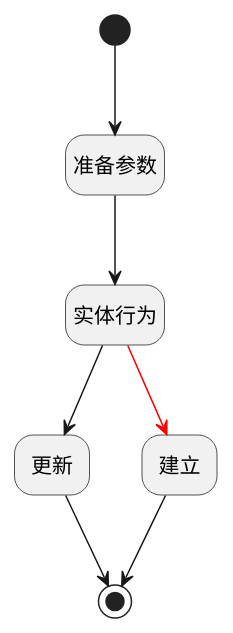
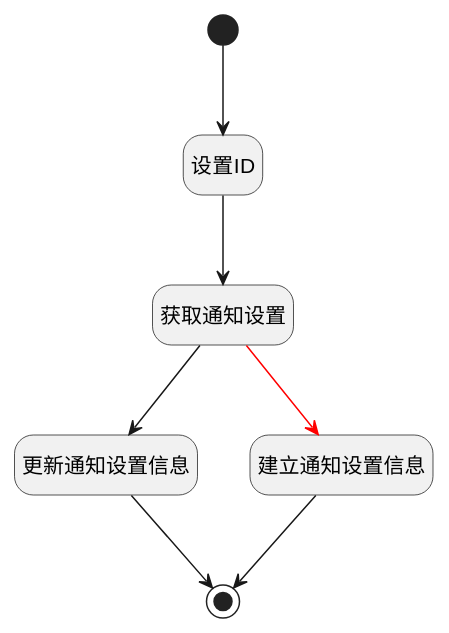
Before and after one commit to iBizLab/plm: the diagram in doc/docsify/module/Base/notify_setting/logic/save_setting.md, drawn with PlantUML. The commit also changed other lines of this file and 1068 other files, not shown here.

````diff
--- a/doc/docsify/module/Base/notify_setting/logic/save_setting.md
+++ b/doc/docsify/module/Base/notify_setting/logic/save_setting.md
@@ -7,28 +7,28 @@
 ```plantuml
 @startuml
 hide empty description
 <style>
 root {
   HyperlinkColor #42b983
 }
 </style>
 
 hide empty description
 state "开始" as Begin <<start>> [[$./save_setting#begin {"开始"}]]
-state "准备参数" as PREPAREPARAM1  [[$./save_setting#prepareparam1 {"准备参数"}]]
-state "实体行为" as DEACTION3  [[$./save_setting#deaction3 {"实体行为"}]]
-state "更新" as DEACTION1  [[$./save_setting#deaction1 {"更新"}]]
+state "设置ID" as PREPAREPARAM1  [[$./save_setting#prepareparam1 {"设置ID"}]]
+state "获取通知设置" as DEACTION3  [[$./save_setting#deaction3 {"获取通知设置"}]]
+state "更新通知设置信息" as DEACTION1  [[$./save_setting#deaction1 {"更新通知设置信息"}]]
 state "结束" as END1 <<end>> [[$./save_setting#end1 {"结束"}]]
-state "建立" as DEACTION2  [[$./save_setting#deaction2 {"建立"}]]
+state "建立通知设置信息" as DEACTION2  [[$./save_setting#deaction2 {"建立通知设置信息"}]]
 
 
 Begin --> PREPAREPARAM1
 PREPAREPARAM1 --> DEACTION3
 DEACTION3 --> DEACTION1
 DEACTION1 --> END1
 DEACTION3 -[#red]-> DEACTION2
 DEACTION2 --> END1
 
 
 @enduml
 ```
````
